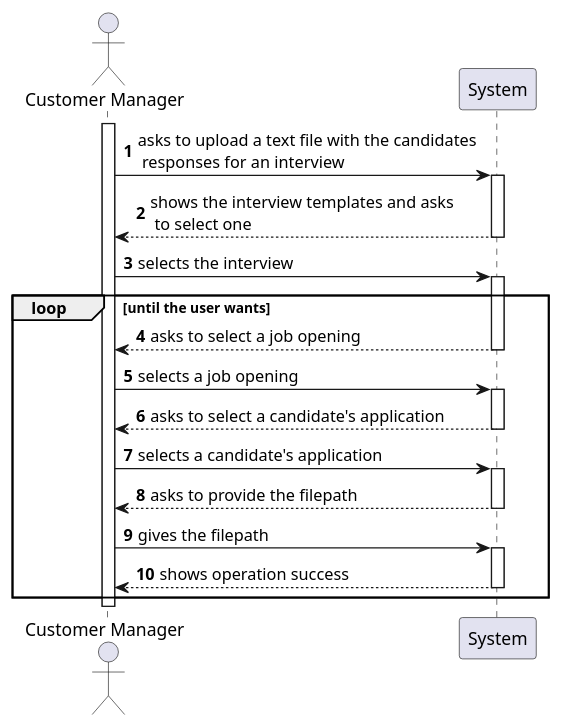
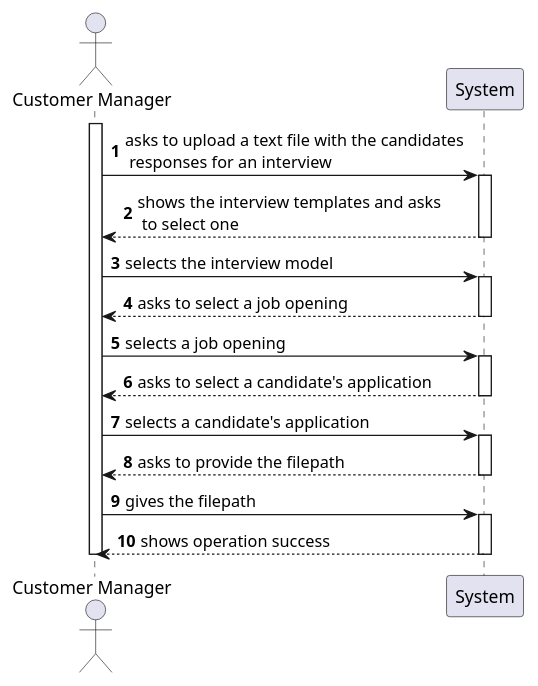
The diagram in docs/sprint-c/us_1017/SSD/US1017_SSD.puml (rita-barbosa/LAPR4-2324), drawn with PlantUML before and after one commit. The commit also changed 1 other file, not shown here.

Commit message:
docs: updates system sequence diagram of us1017.
[#239]

```diff
--- a/docs/sprint-c/us_1017/SSD/US1017_SSD.puml
+++ b/docs/sprint-c/us_1017/SSD/US1017_SSD.puml
@@ -1,41 +1,41 @@
 @startuml US1017_SSD
 autonumber
 
 actor "Customer Manager" as USER
 participant "System" as SYS
 
 activate USER
 
 USER -> SYS : asks to upload a text file with the candidates\n responses for an interview
 activate SYS
 SYS --> USER : shows the interview templates and asks\n to select one
 deactivate SYS
 
-USER -> SYS : selects the interview
+USER -> SYS : selects the interview model
 activate SYS
 
-loop until the user wants
+'loop until the user wants
 
 SYS --> USER : asks to select a job opening
 deactivate SYS
 
 USER -> SYS : selects a job opening
 activate SYS
 SYS --> USER : asks to select a candidate's application
 deactivate SYS
 
 USER -> SYS : selects a candidate's application
 activate SYS
 SYS --> USER : asks to provide the filepath
 deactivate SYS
 
 USER -> SYS : gives the filepath
 activate SYS
 SYS --> USER : shows operation success
 deactivate SYS
 
-end loop
+'end loop
 
 deactivate USER
 
 @enduml
```
